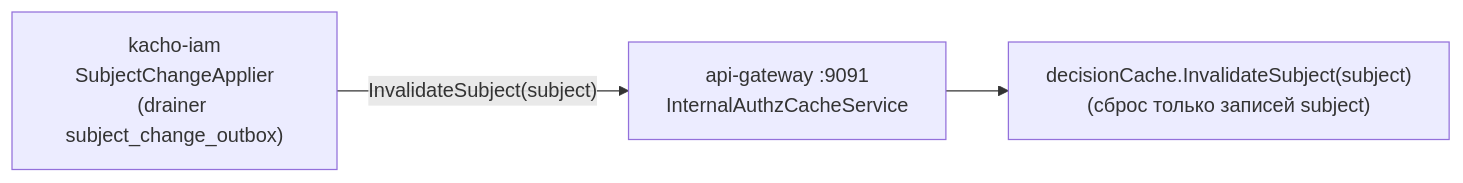
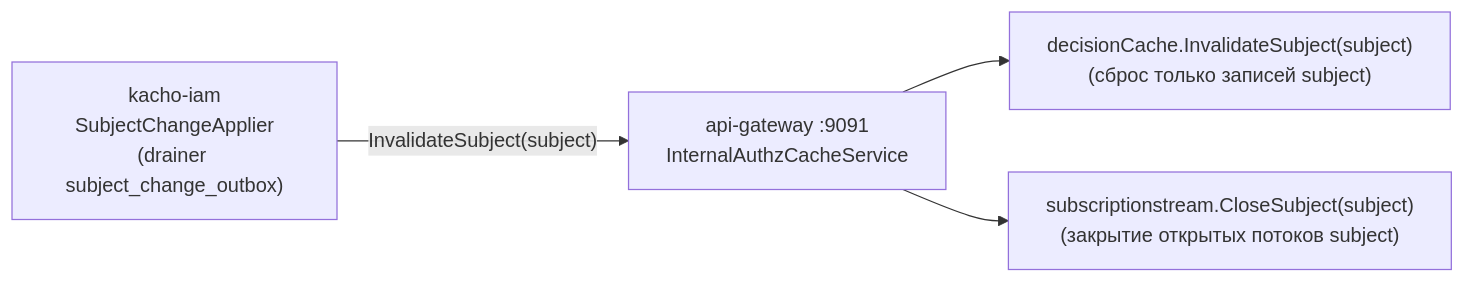
The diagram in gateway/docs/content/architecture/internal-cache.mdx (PRO-Robotech/kacho), drawn with Mermaid before and after one commit. The commit also changed other lines of this file and 1 other file, not shown here.

````diff
--- a/gateway/docs/content/architecture/internal-cache.mdx
+++ b/gateway/docs/content/architecture/internal-cache.mdx
@@ -22,5 +22,6 @@
 ```mermaid
 flowchart LR
   iam["kacho-iam<br/>SubjectChangeApplier<br/>(drainer subject_change_outbox)"] -->|"InvalidateSubject(subject)"| agw["api-gateway :9091<br/>InternalAuthzCacheService"]
   agw --> cache["decisionCache.InvalidateSubject(subject)<br/>(сброс только записей subject)"]
+  agw --> streams["subscriptionstream.CloseSubject(subject)<br/>(закрытие открытых потоков subject)"]
 ```
````
